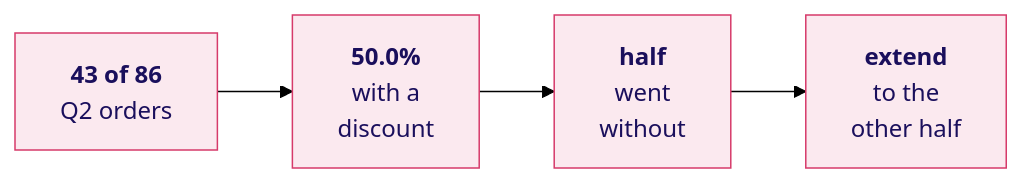
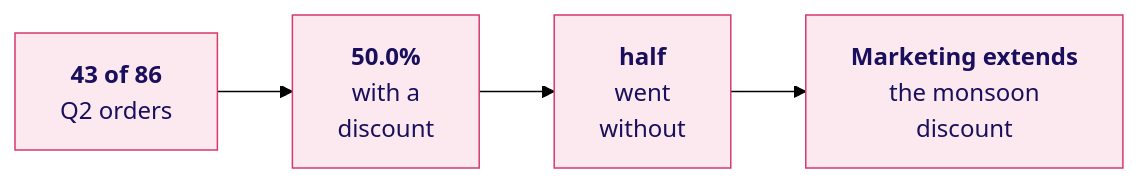
One commit to fde-academy-lab/c2-content-factory changed diagram 16 of 34 in content/W01/D2/slides/C2_W01_D02_half1_STUDENT.md. Above: the diagram before and after it, drawn with Mermaid (forest theme). The commit also changed other lines of this file and 4 other files, not shown here.

````diff
--- a/content/W01/D2/slides/C2_W01_D02_half1_STUDENT.md
+++ b/content/W01/D2/slides/C2_W01_D02_half1_STUDENT.md
@@ -787,7 +793,7 @@
 ```mermaid
 flowchart LR
     A["<b>43 of 86</b><br/>Q2 orders"] --> B["<b>50.0%</b><br/>with a<br/>discount"]
-    B --> C["<b>half</b><br/>went<br/>without"] --> D["<b>extend</b><br/>to the<br/>other half"]
+    B --> C["<b>half</b><br/>went<br/>without"] --> D["<b>Marketing extends</b><br/>the monsoon<br/>discount"]
     classDef bad fill:#FBE9EF,stroke:#D63A6A,color:#1A0F5C
     class A,B,C,D bad
 ```
````
